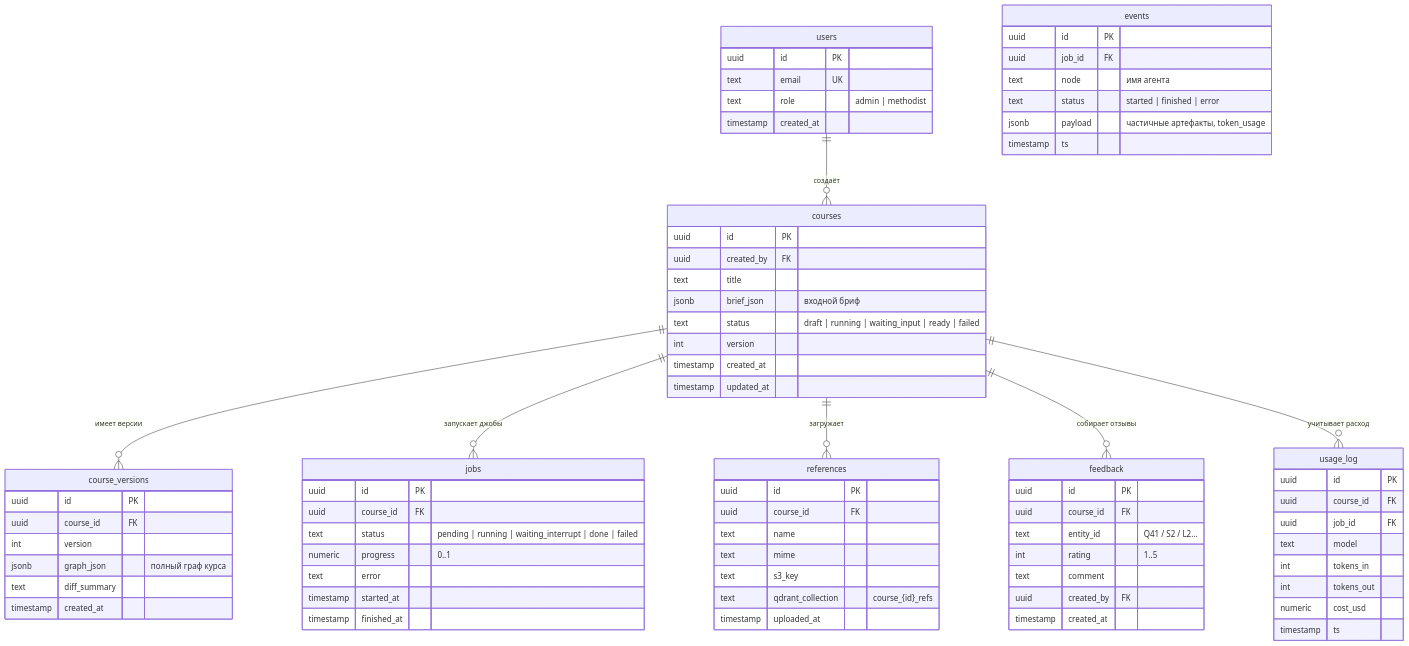
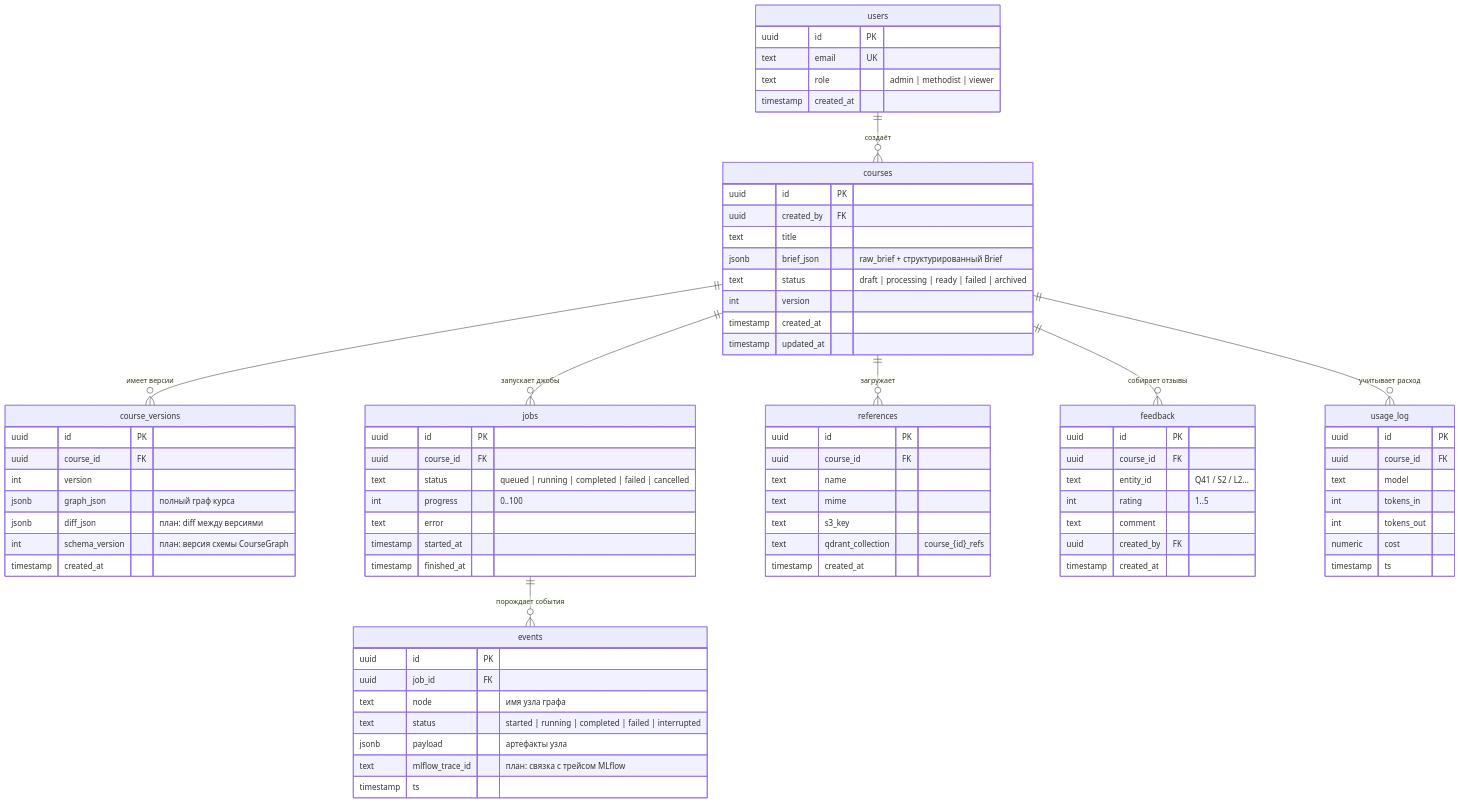
One commit to kostIT13/ai-agent-create-educational-programs changed the diagram in diagrams/db-schema.mmd. Above: the diagram before and after it, drawn with Mermaid. The commit also changed 12 other files, not shown here.

Commit message:
update diagrams: add new pipeline, mcp, observability

```diff
--- a/diagrams/db-schema.mmd
+++ b/diagrams/db-schema.mmd
@@ -1,88 +1,90 @@
 %% ============================================================
 %% Диаграмма 4: Схема БД (PostgreSQL)
-%% Чанки референсов хранятся в Qdrant, в Postgres — метаданные
+%% Чанки референсов — в Qdrant, в Postgres — метаданные
 %% ============================================================
 erDiagram
     users ||--o{ courses : "создаёт"
     courses ||--o{ course_versions : "имеет версии"
     courses ||--o{ jobs : "запускает джобы"
     courses ||--o{ references : "загружает"
     courses ||--o{ feedback : "собирает отзывы"
     courses ||--o{ usage_log : "учитывает расход"
+    jobs ||--o{ events : "порождает события"
 
     users {
         uuid id PK
         text email UK
-        text role "admin | methodist"
+        text role "admin | methodist | viewer"
         timestamp created_at
     }
 
     courses {
         uuid id PK
         uuid created_by FK
         text title
-        jsonb brief_json "входной бриф"
-        text status "draft | running | waiting_input | ready | failed"
+        jsonb brief_json "raw_brief + структурированный Brief"
+        text status "draft | processing | ready | failed | archived"
         int version
         timestamp created_at
         timestamp updated_at
     }
 
     course_versions {
         uuid id PK
         uuid course_id FK
         int version
         jsonb graph_json "полный граф курса"
-        text diff_summary
+        jsonb diff_json "план: diff между версиями"
+        int schema_version "план: версия схемы CourseGraph"
         timestamp created_at
     }
 
     jobs {
         uuid id PK
         uuid course_id FK
-        text status "pending | running | waiting_interrupt | done | failed"
-        numeric progress "0..1"
+        text status "queued | running | completed | failed | cancelled"
+        int progress "0..100"
         text error
         timestamp started_at
         timestamp finished_at
     }
 
     events {
         uuid id PK
         uuid job_id FK
-        text node "имя агента"
-        text status "started | finished | error"
-        jsonb payload "частичные артефакты, token_usage"
+        text node "имя узла графа"
+        text status "started | running | completed | failed | interrupted"
+        jsonb payload "артефакты узла"
+        text mlflow_trace_id "план: связка с трейсом MLflow"
         timestamp ts
     }
 
     references {
         uuid id PK
         uuid course_id FK
         text name
         text mime
         text s3_key
         text qdrant_collection "course_{id}_refs"
-        timestamp uploaded_at
+        timestamp created_at
     }
 
     feedback {
         uuid id PK
         uuid course_id FK
         text entity_id "Q41 / S2 / L2..."
         int rating "1..5"
         text comment
         uuid created_by FK
         timestamp created_at
     }
 
     usage_log {
         uuid id PK
         uuid course_id FK
-        uuid job_id FK
         text model
         int tokens_in
         int tokens_out
-        numeric cost_usd
+        numeric cost
         timestamp ts
     }
```
